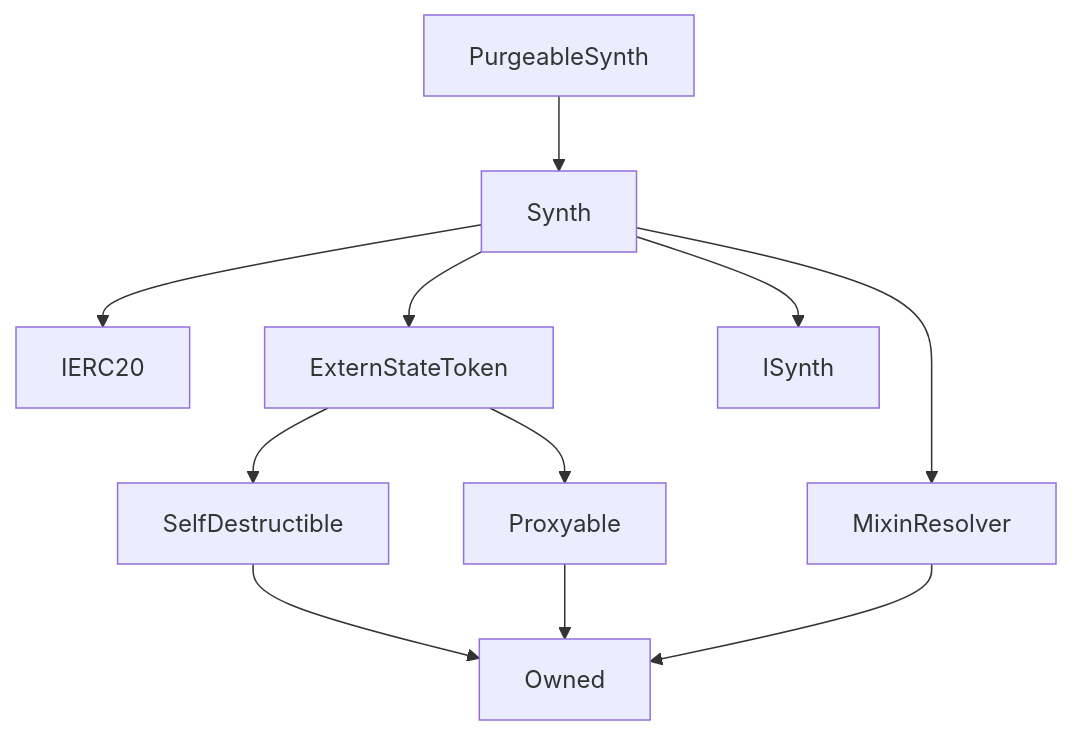
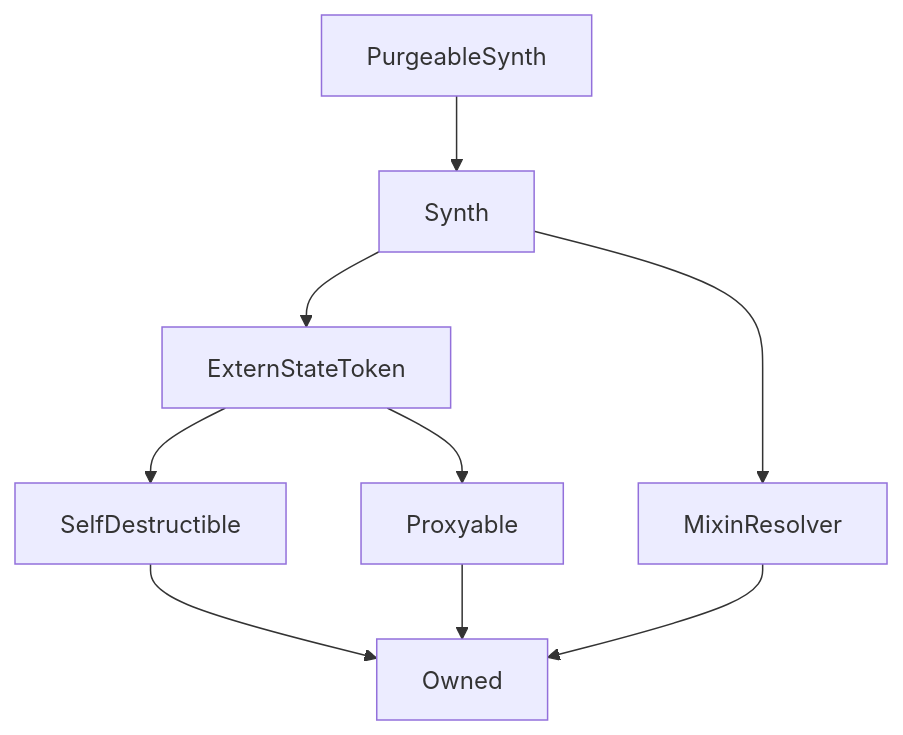
The diagram in content/contracts/PurgeableSynth.md (Synthetixio/synthetix-docs), drawn with Mermaid before and after one commit. The commit also changed 46 other files, not shown here.

````diff
--- a/content/contracts/PurgeableSynth.md
+++ b/content/contracts/PurgeableSynth.md
@@ -9,13 +9,11 @@
 ```mermaid
 graph TD
     PurgeableSynth[PurgeableSynth] --> Synth[Synth]
-    Synth[Synth] --> IERC20[IERC20]
     Synth[Synth] --> ExternStateToken[ExternStateToken]
     Synth[Synth] --> MixinResolver[MixinResolver]
-    Synth[Synth] --> ISynth[ISynth]
     ExternStateToken[ExternStateToken] --> SelfDestructible[SelfDestructible]
     ExternStateToken[ExternStateToken] --> Proxyable[Proxyable]
     SelfDestructible[SelfDestructible] --> Owned[Owned]
     Proxyable[Proxyable] --> Owned[Owned]
     MixinResolver[MixinResolver] --> Owned[Owned]
 ```
````
